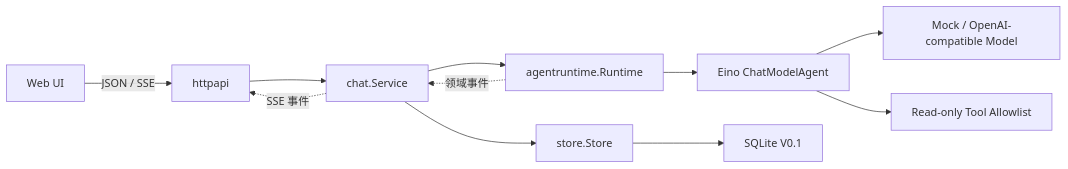
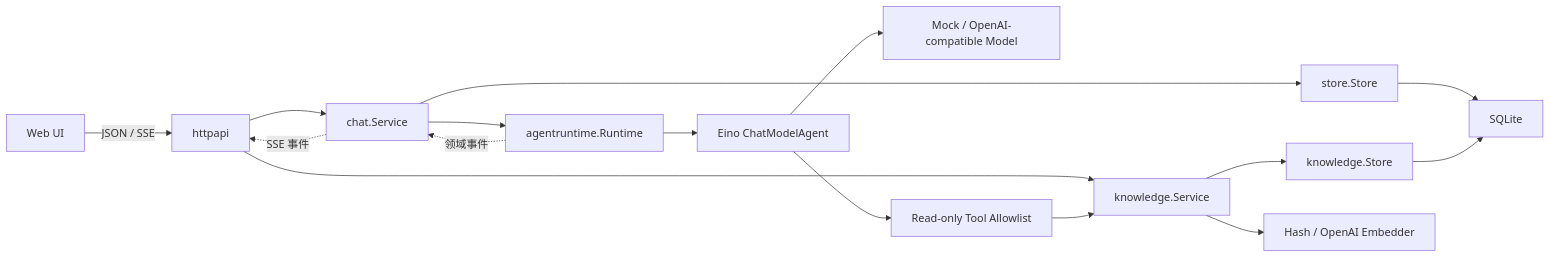
The fourth of 4 diagrams in docs/project-analysis.md (zora-DD/zora), drawn with Mermaid before and after one commit. The commit also changed other lines of this file and 30 other files, not shown here.

````diff
--- a/docs/project-analysis.md
+++ b/docs/project-analysis.md
@@ -217,14 +279,19 @@
 ```mermaid
 flowchart LR
     Browser["Web UI"] -->|"JSON / SSE"| HTTP["httpapi"]
     HTTP --> Chat["chat.Service"]
+    HTTP --> Knowledge["knowledge.Service"]
     Chat --> Runtime["agentruntime.Runtime"]
     Runtime --> ADK["Eino ChatModelAgent"]
     ADK --> Model["Mock / OpenAI-compatible Model"]
     ADK --> Tools["Read-only Tool Allowlist"]
+    Tools --> Knowledge
     Chat --> Store["store.Store"]
-    Store --> SQLite["SQLite V0.1"]
+    Knowledge --> KStore["knowledge.Store"]
+    Store --> SQLite["SQLite"]
+    KStore --> SQLite
+    Knowledge --> Embedder["Hash / OpenAI Embedder"]
 
     Runtime -. "领域事件" .-> Chat
     Chat -. "SSE 事件" .-> HTTP
 ```
````
